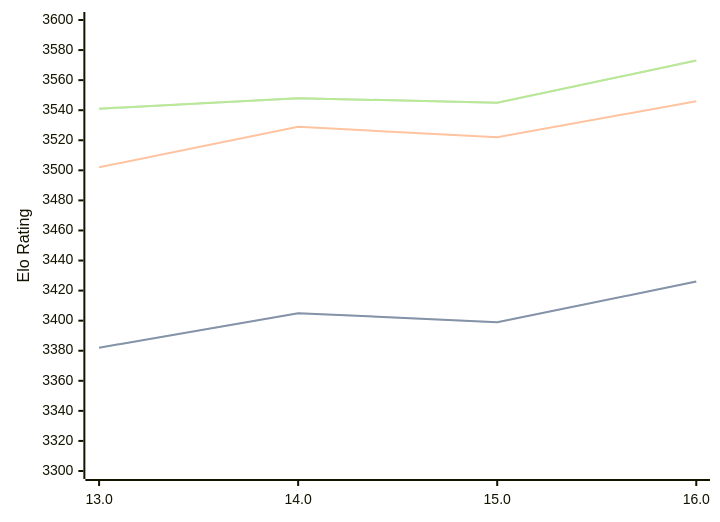
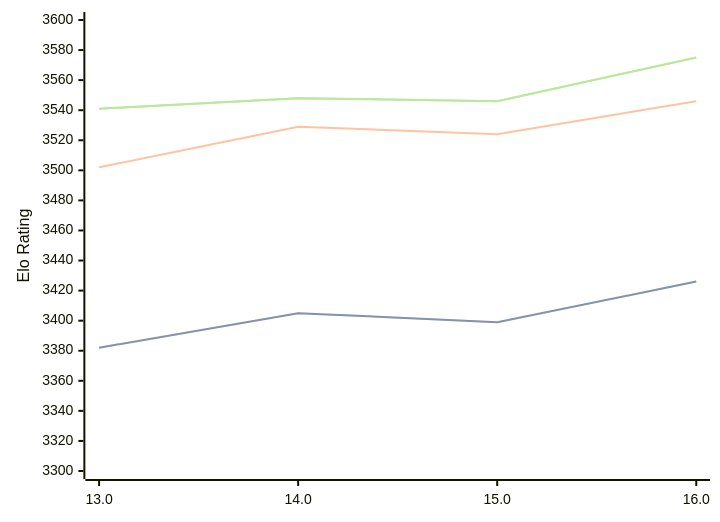
One commit to computer-chess-index/cci changed the diagram in engines/Obsidian.md. Above: the diagram before and after it, drawn with Mermaid. The commit also changed other lines of this file, not shown here.

Commit message:
Update CCI Ratings (ELO VLTC) - 2026-07-30

````diff
--- a/engines/Obsidian.md
+++ b/engines/Obsidian.md
@@ -43,11 +43,11 @@
 ```mermaid
 %%{init: {"theme":"base","themeVariables":{"seriesColors:['#a3a3a3','#222221','#faa371']}}}%%
 xychart-beta
   x-axis ["13.0", "14.0", "15.0", "16.0"]
   y-axis "Elo Rating" 3300 --> 3600
   line "STC (8.0+0.08s)" [3382, 3405, 3399, 3426]
   line "STC (8.0+0.08s)" [3382, 3405, 3399, 3426]
-  line "LTC (60.0+0.60s)" [3502, 3529, 3522, 3546]
-  line "VLTC (2m24s+1.12s)" [3541, 3548, 3545, 3573]
-  line "VLTC (2m24s+1.12s)" [3541, 3548, 3545, 3573]
+  line "LTC (60.0+0.60s)" [3502, 3529, 3524, 3546]
+  line "VLTC (2m24s+1.12s)" [3541, 3548, 3546, 3575]
+  line "VLTC (2m24s+1.12s)" [3541, 3548, 3546, 3575]
 ```
````
